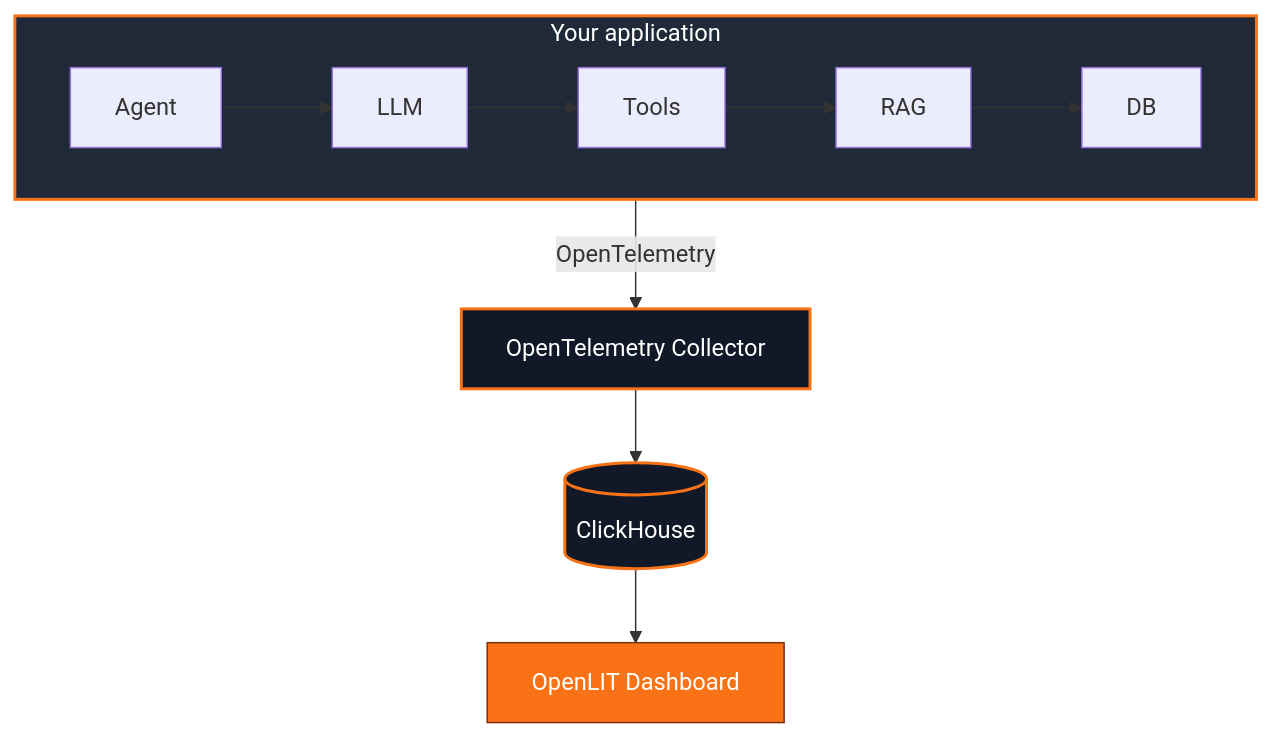
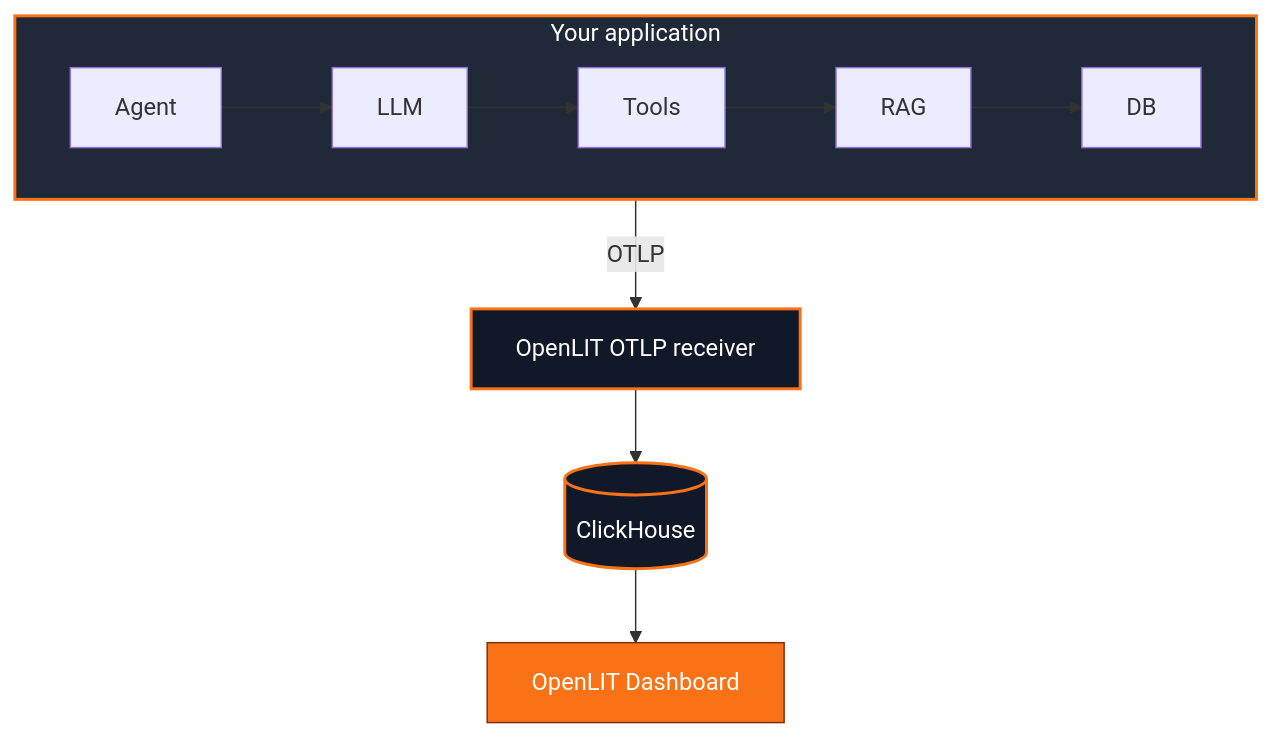
One commit to openlit/openlit changed the fifth of 6 diagrams in README.md. Above: the diagram before and after it, drawn with Mermaid. The commit also changed other lines of this file and 126 other files, not shown here.

Commit message:
feat: replace bundled OTel collector with a first-party OTLP receiver (#1588)

````diff
--- a/README.md
+++ b/README.md
@@ -434,15 +439,15 @@
 ```mermaid
 flowchart TD
     subgraph App["Your application"]
         direction LR
         Agent --> LLM --> Tools --> RAG --> DB
     end
-    App -->|OpenTelemetry| Collector[OpenTelemetry Collector]
-    Collector --> CH[(ClickHouse)]
+    App -->|OTLP| Receiver[OpenLIT OTLP receiver]
+    Receiver --> CH[(ClickHouse)]
     CH --> Dash[OpenLIT Dashboard]
 
     style App fill:#1F2937,stroke:#F97316,stroke-width:2px,color:#fff
-    style Collector fill:#111827,stroke:#F97316,stroke-width:2px,color:#fff
+    style Receiver fill:#111827,stroke:#F97316,stroke-width:2px,color:#fff
     style CH fill:#111827,stroke:#F97316,stroke-width:2px,color:#fff
     style Dash fill:#F97316,stroke:#7C2D12,color:#fff
 ```
````
